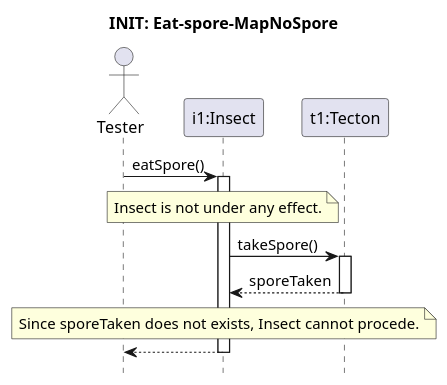
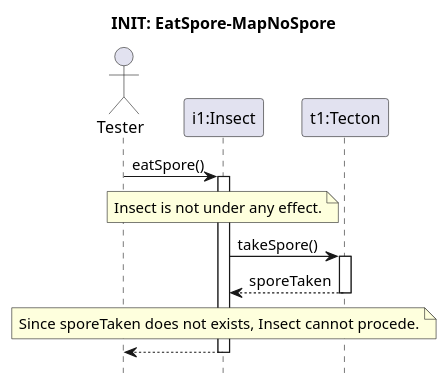
The diagram in Skeleton/Eat-spore/no-spore.pu (ZD4ve/projlab-error521), drawn with PlantUML before and after one commit. The commit also changed 4 other files, not shown here.

```diff
--- a/Skeleton/Eat-spore/no-spore.pu
+++ b/Skeleton/Eat-spore/no-spore.pu
@@ -1,21 +1,21 @@
 @startuml Insect-chew-mycelium/no-spore
 hide footbox
-title INIT: Eat-spore-MapNoSpore
+title INIT: EatSpore-MapNoSpore
 
 actor Tester as S
 participant "i1:Insect" as i1
 participant "t1:Tecton" as t1
 
 S -> i1 : eatSpore()
 activate i1
 
 note over i1: Insect is not under any effect.
 i1 -> t1 : takeSpore()
 activate t1
 
 return sporeTaken
 
 note over i1: Since sporeTaken does not exists, Insect cannot procede.
 
 return
 @enduml
```
